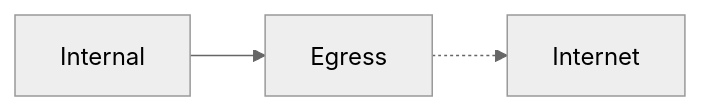
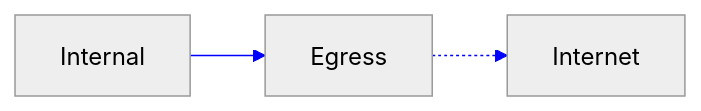
Before and after one commit to efi-rfauzan/hello-world: the diagram in README.md, drawn with Mermaid (neutral theme).

````diff
--- a/README.md
+++ b/README.md
@@ -2,5 +2,5 @@
 ```mermaid
 flowchart LR;
   Internal --> Egress -.-> Internet;
-  linkStyle 1 color:blue;
+  linkStyle default stroke:blue;
 ```
````
